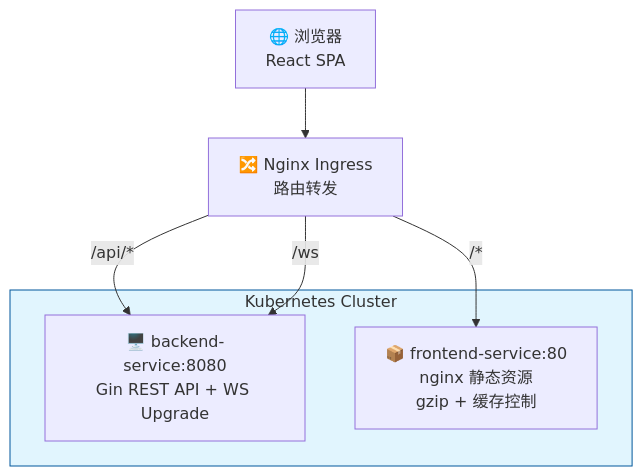
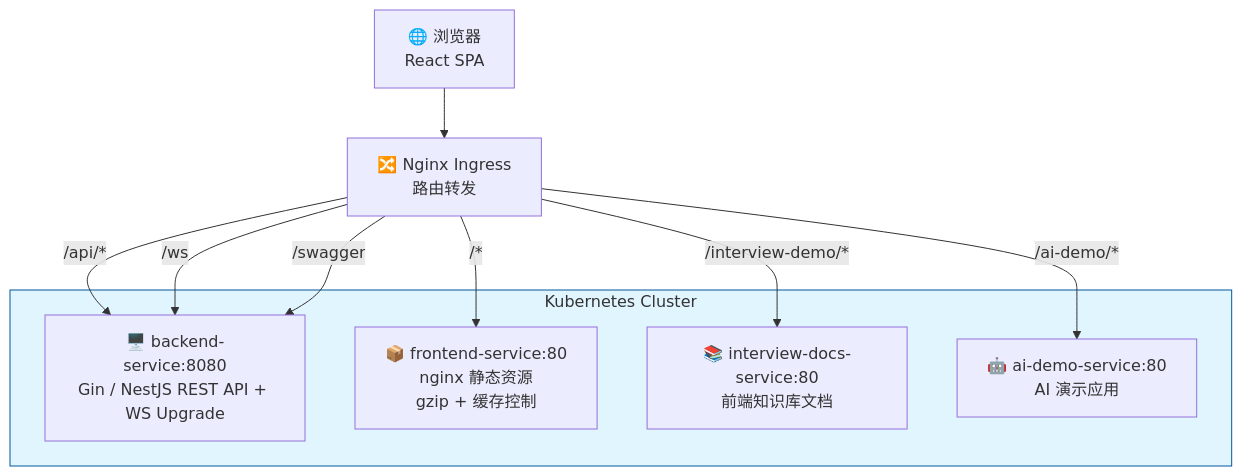
Before and after one commit to KMaybe01/interview-demo: the fourth of 51 diagrams in docs/WIKI.md, drawn with Mermaid. The commit also changed other lines of this file and 1 other file, not shown here.

````diff
--- a/docs/WIKI.md
+++ b/docs/WIKI.md
@@ -378,15 +390,20 @@
 ```mermaid
 graph TB
     User["🌐 浏览器<br/>React SPA"] --> Ingress["🔀 Nginx Ingress<br/>路由转发"]
 
-    Ingress -->|"/api/*"| Backend["🖥️ backend-service:8080<br/>Gin REST API + WS Upgrade"]
+    Ingress -->|"/api/*"| Backend["🖥️ backend-service:8080<br/>Gin / NestJS REST API + WS Upgrade"]
     Ingress -->|"/*"| Frontend["📦 frontend-service:80<br/>nginx 静态资源<br/>gzip + 缓存控制"]
     Ingress -->|"/ws"| Backend
+    Ingress -->|"/swagger"| Backend
+    Ingress -->|"/interview-demo/*"| Docs["📚 interview-docs-service:80<br/>前端知识库文档"]
+    Ingress -->|"/ai-demo/*"| AIDemo["🤖 ai-demo-service:80<br/>AI 演示应用"]
 
     subgraph K8s["Kubernetes Cluster"]
         Frontend
         Backend
+        Docs
+        AIDemo
     end
 
     style K8s fill:#e1f5fe,stroke:#01579b
 ```
````
